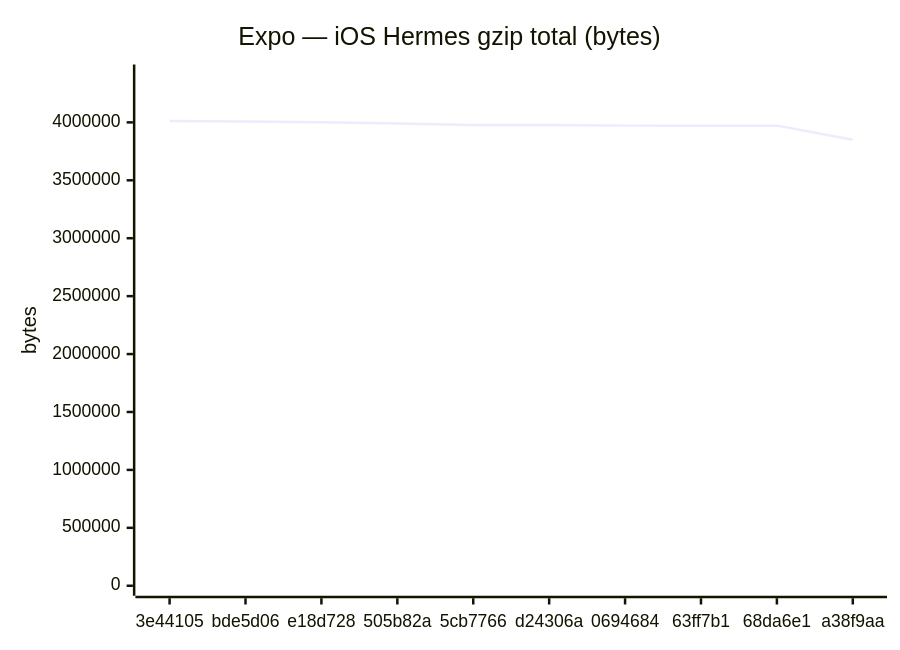
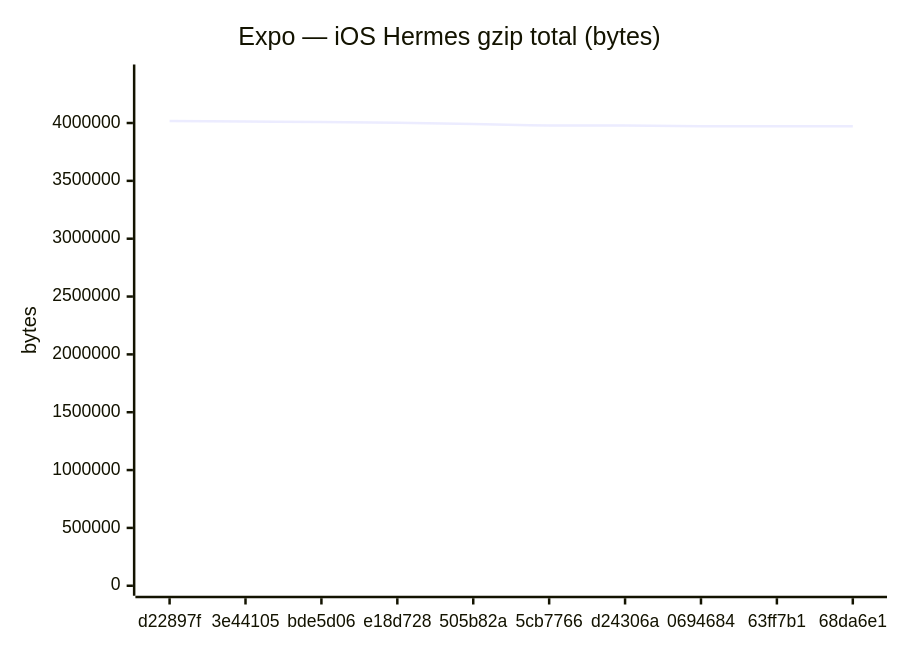
The sixth of 18 diagrams in benchmarks/compare.md (Metaheurist/Rianell), drawn with Mermaid before and after one commit. The commit also changed other lines of this file and 11 other files, not shown here.

````diff
--- a/benchmarks/compare.md
+++ b/benchmarks/compare.md
@@ -96,7 +96,7 @@
 ```mermaid
 xychart-beta
     title "Expo — iOS Hermes gzip total (bytes)"
-    x-axis ["3e44105", "bde5d06", "e18d728", "505b82a", "5cb7766", "d24306a", "0694684", "63ff7b1", "68da6e1", "a38f9aa"]
-    y-axis "bytes" 0 --> 4413270
-    line [4012063, 4008470, 4002116, 3990384, 3978033, 3978036, 3971946, 3971945, 3971946, 3849365]
+    x-axis ["d22897f", "3e44105", "bde5d06", "e18d728", "505b82a", "5cb7766", "d24306a", "0694684", "63ff7b1", "68da6e1"]
+    y-axis "bytes" 0 --> 4419322
+    line [4017565, 4012063, 4008470, 4002116, 3990384, 3978033, 3978036, 3971946, 3971945, 3971946]
 ```
````
